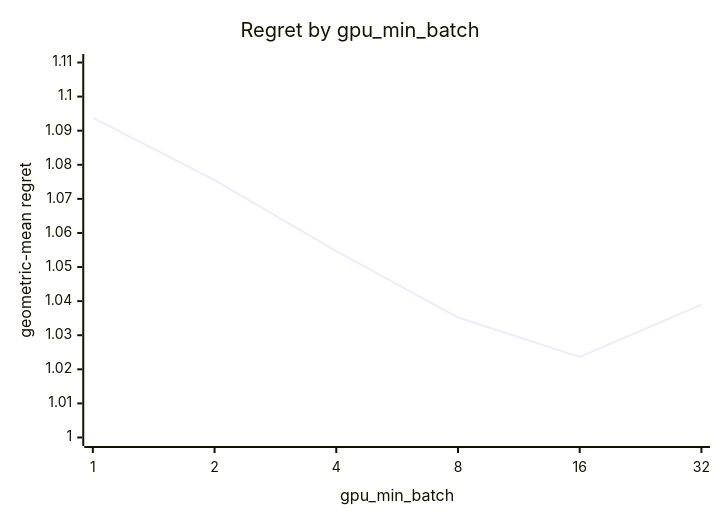
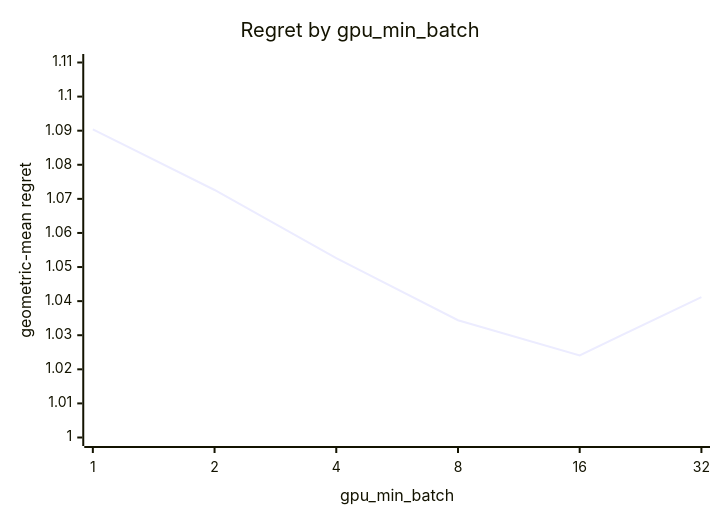
One commit to c0rmac/metal-linalg changed the fourth of 5 diagrams in docs/results/apple-m5-pro-20gpu/combined/eigh/report.md. Above: the diagram before and after it, drawn with Mermaid. The commit also changed other lines of this file and 7 other files, not shown here.

````diff
--- a/docs/results/apple-m5-pro-20gpu/combined/eigh/report.md
+++ b/docs/results/apple-m5-pro-20gpu/combined/eigh/report.md
@@ -155,7 +159,7 @@
 ```mermaid
 xychart-beta
     title "Regret by gpu_min_batch"
     x-axis "gpu_min_batch" [1, 2, 4, 8, 16, 32]
     y-axis "geometric-mean regret" 1.0 --> 1.11
-    line [1.0938, 1.0755, 1.0547, 1.0352, 1.0236, 1.0390]
+    line [1.0904, 1.0726, 1.0526, 1.0344, 1.0241, 1.0412]
 ```
````
